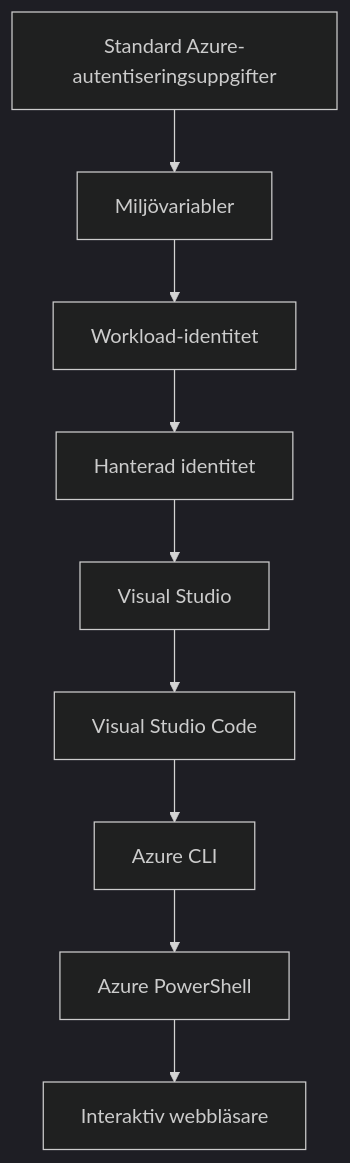
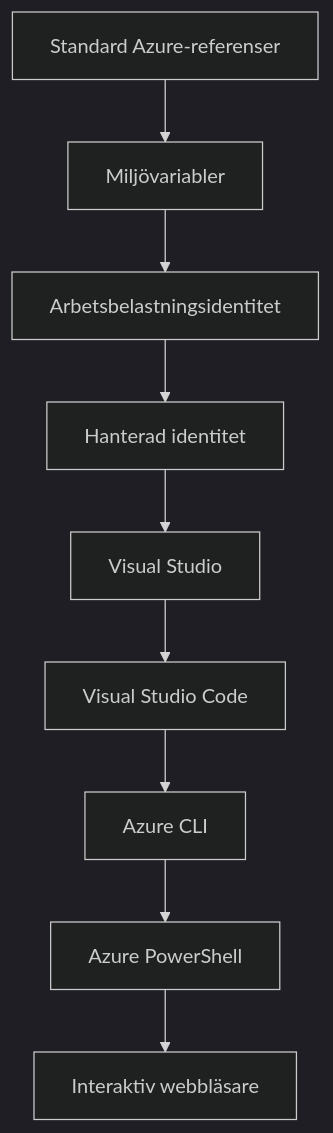
The second of 2 diagrams in translations/sv/docs/chapter-01-foundation/azd-basics.md (microsoft/AZD-for-beginners), drawn with Mermaid (dark theme) before and after one commit. The commit also changed other lines of this file and 101 other files, not shown here.

````diff
--- a/translations/sv/docs/chapter-01-foundation/azd-basics.md
+++ b/translations/sv/docs/chapter-01-foundation/azd-basics.md
@@ -593,11 +593,11 @@
 ```mermaid
 graph TD
-    A[Standard Azure-autentiseringsuppgifter] --> B[Miljövariabler]
-    B --> C[Workload-identitet]
+    A[Standard Azure-referenser] --> B[Miljövariabler]
+    B --> C[Arbetsbelastningsidentitet]
     C --> D[Hanterad identitet]
     D --> E[Visual Studio]
     E --> F[Visual Studio Code]
     F --> G[Azure CLI]
     G --> H[Azure PowerShell]
     H --> I[Interaktiv webbläsare]
 ```
````
